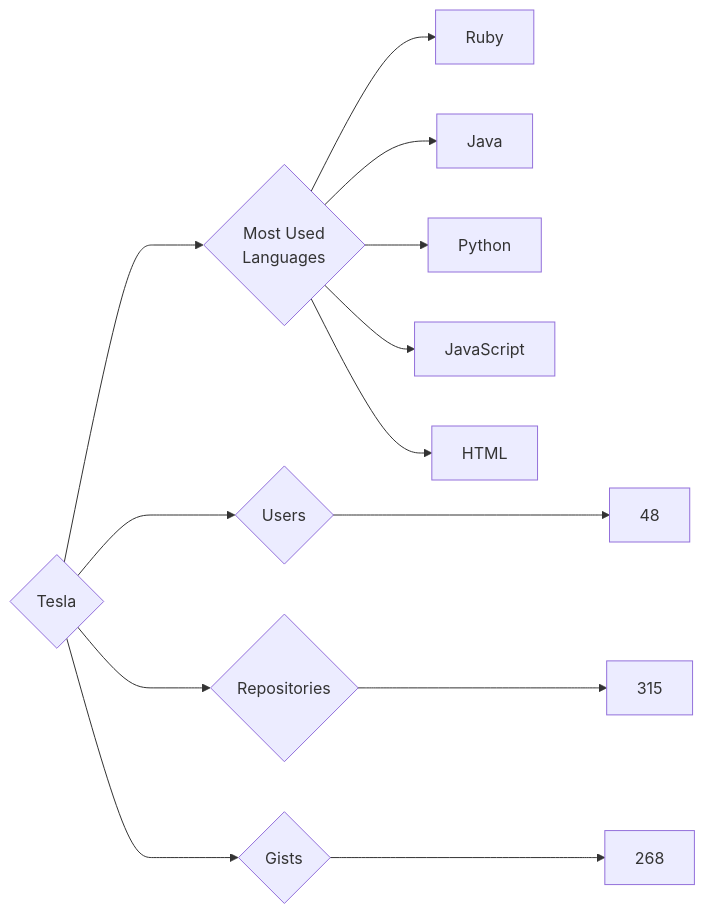
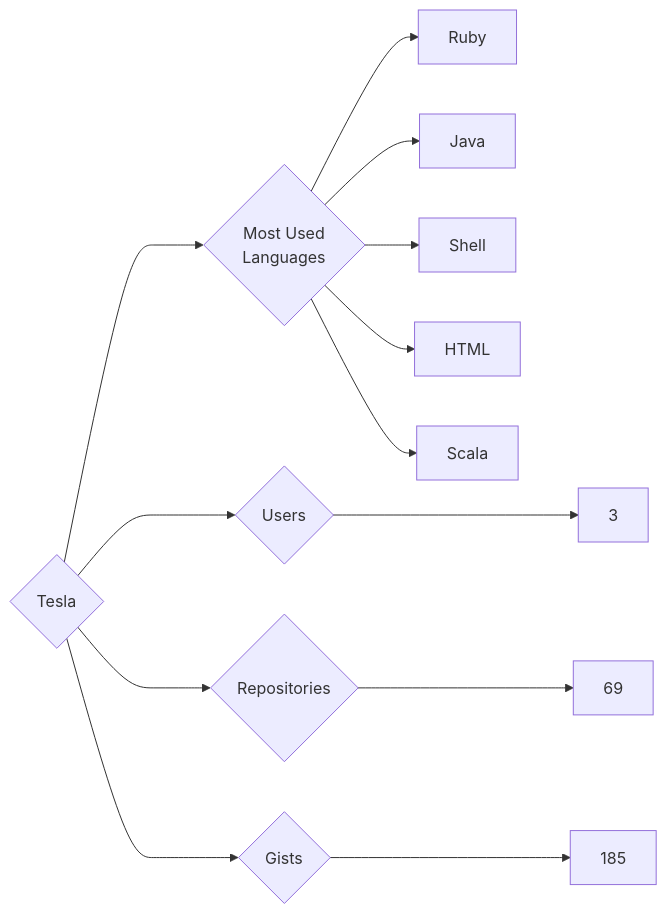
One commit to trickest/insiders changed the diagram in targets/Tesla/README.md. Above: the diagram before and after it, drawn with Mermaid. The commit also changed 815 other files, not shown here.

````diff
--- a/targets/Tesla/README.md
+++ b/targets/Tesla/README.md
@@ -3,13 +3,13 @@
 ```mermaid
 graph LR
 COMPANY_NAME{Tesla}
-COMPANY_NAME ---> U{Users} ---> UN[48]
-COMPANY_NAME ---> R{Repositories} ---> RN[315]
-COMPANY_NAME ---> G{Gists} ---> GN[268]
+COMPANY_NAME ---> U{Users} ---> UN[3]
+COMPANY_NAME ---> R{Repositories} ---> RN[69]
+COMPANY_NAME ---> G{Gists} ---> GN[185]
 COMPANY_NAME ---> ML{Most Used<br>Languages}
 ML --> Ruby[Ruby]
 ML --> Java[Java]
-ML --> Python[Python]
-ML --> JavaScript[JavaScript]
+ML --> Shell[Shell]
 ML --> HTML[HTML]
+ML --> Scala[Scala]
 ```
````
